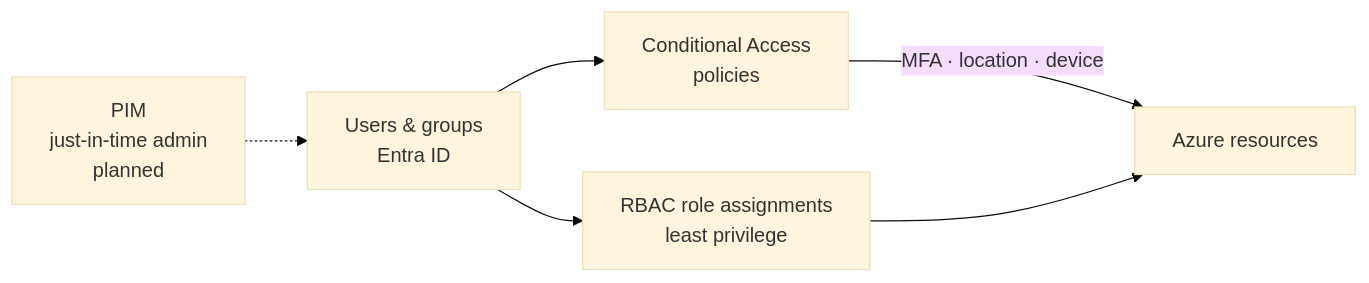
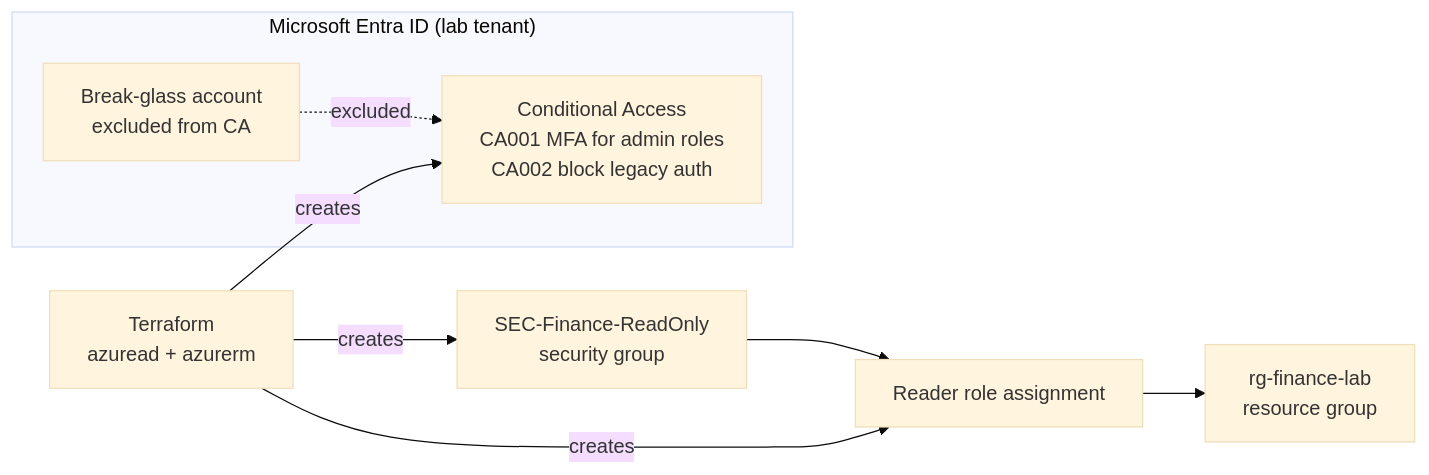
One commit to Yassine-ElJide/azure-iam-security-lab changed the diagram in README.md. Above: the diagram before and after it, drawn with Mermaid (base theme). The commit also changed other lines of this file and 3 other files, not shown here.

````diff
--- a/README.md
+++ b/README.md
@@ -7,7 +25,13 @@
 ```mermaid
 flowchart LR
-  U[Users & groups<br>Entra ID] --> CA[Conditional Access<br>policies]
-  CA -->|MFA · location · device| APP[Azure resources]
-  U --> RBAC[RBAC role assignments<br>least privilege] --> APP
-  PIM[PIM<br>just-in-time admin<br>planned] -.-> U
+  TF[Terraform<br>azuread + azurerm] -->|creates| CA
+  TF -->|creates| G[SEC-Finance-ReadOnly<br>security group]
+  TF -->|creates| RBAC
+  subgraph ENTRA["Microsoft Entra ID (lab tenant)"]
+    CA[Conditional Access<br>CA001 MFA for admin roles<br>CA002 block legacy auth]
+    BG[Break-glass account<br>excluded from CA]
+  end
+  RBAC[Reader role assignment] --> RG[rg-finance-lab<br>resource group]
+  G --> RBAC
+  BG -. excluded .-> CA
 ```
````
